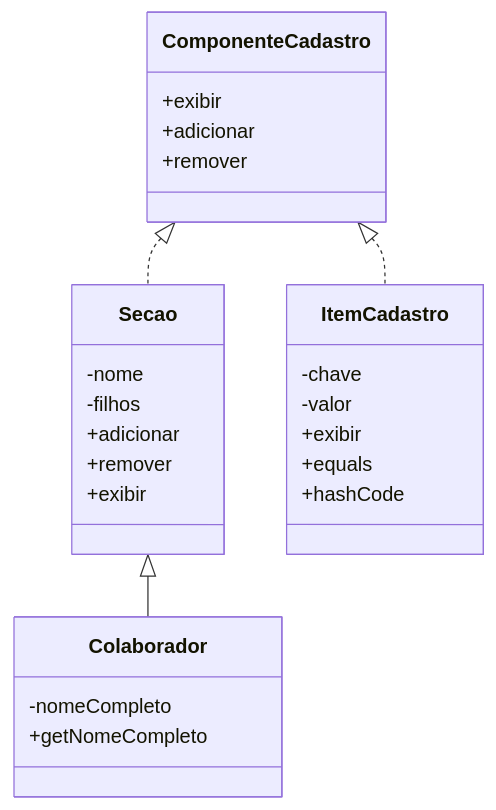
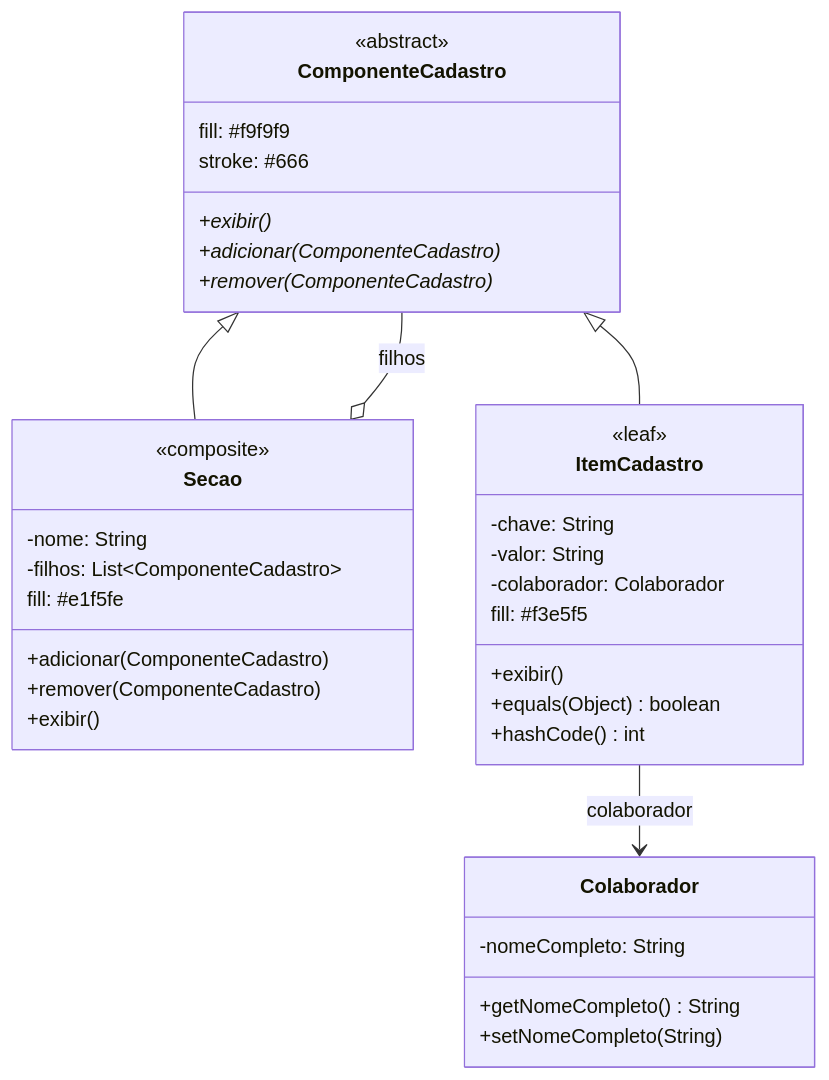
Before and after one commit to rodrigo0567/Padrao-Composite-: the diagram in README.md, drawn with Mermaid.

Commit message:
news version

````diff
--- a/README.md
+++ b/README.md
@@ -35,36 +35,55 @@
 ```mermaid
 classDiagram
-direction TB
-
-class ComponenteCadastro {
-  +exibir
-  +adicionar
-  +remover
-}
-
-class Secao {
-  -nome
-  -filhos
-  +adicionar
-  +remover
-  +exibir
-}
-
-class ItemCadastro {
-  -chave
-  -valor
-  +exibir
-  +equals
-  +hashCode
-}
-
-class Colaborador {
-  -nomeCompleto
-  +getNomeCompleto
-}
-
-ComponenteCadastro <|.. Secao
-ComponenteCadastro <|.. ItemCadastro
-Secao <|-- Colaborador
-
+    direction TB
+    
+    class ComponenteCadastro {
+        <<abstract>>
+        <<interface>>
+        +exibir()*
+        +adicionar(ComponenteCadastro)*
+        +remover(ComponenteCadastro)*
+    }
+    
+    class Secao {
+        <<composite>>
+        -nome: String
+        -filhos: List~ComponenteCadastro~
+        +adicionar(ComponenteCadastro)
+        +remover(ComponenteCadastro)
+        +exibir()
+    }
+    
+    class ItemCadastro {
+        <<leaf>>
+        -chave: String
+        -valor: String
+        -colaborador: Colaborador
+        +exibir()
+        +equals(Object) boolean
+        +hashCode() int
+    }
+    
+    class Colaborador {
+        -nomeCompleto: String
+        +getNomeCompleto() String
+        +setNomeCompleto(String)
+    }
+    
+    %% Relacionamentos
+    ComponenteCadastro <|-- Secao
+    ComponenteCadastro <|-- ItemCadastro
+    Secao o-- ComponenteCadastro : filhos
+    ItemCadastro --> Colaborador : colaborador
+    
+    %% Estilos
+    class ComponenteCadastro {
+        fill: #f9f9f9
+        stroke: #666
+    }
+    class Secao {
+        fill: #e1f5fe
+    }
+    class ItemCadastro {
+        fill: #f3e5f5
+    }
 ```
````
